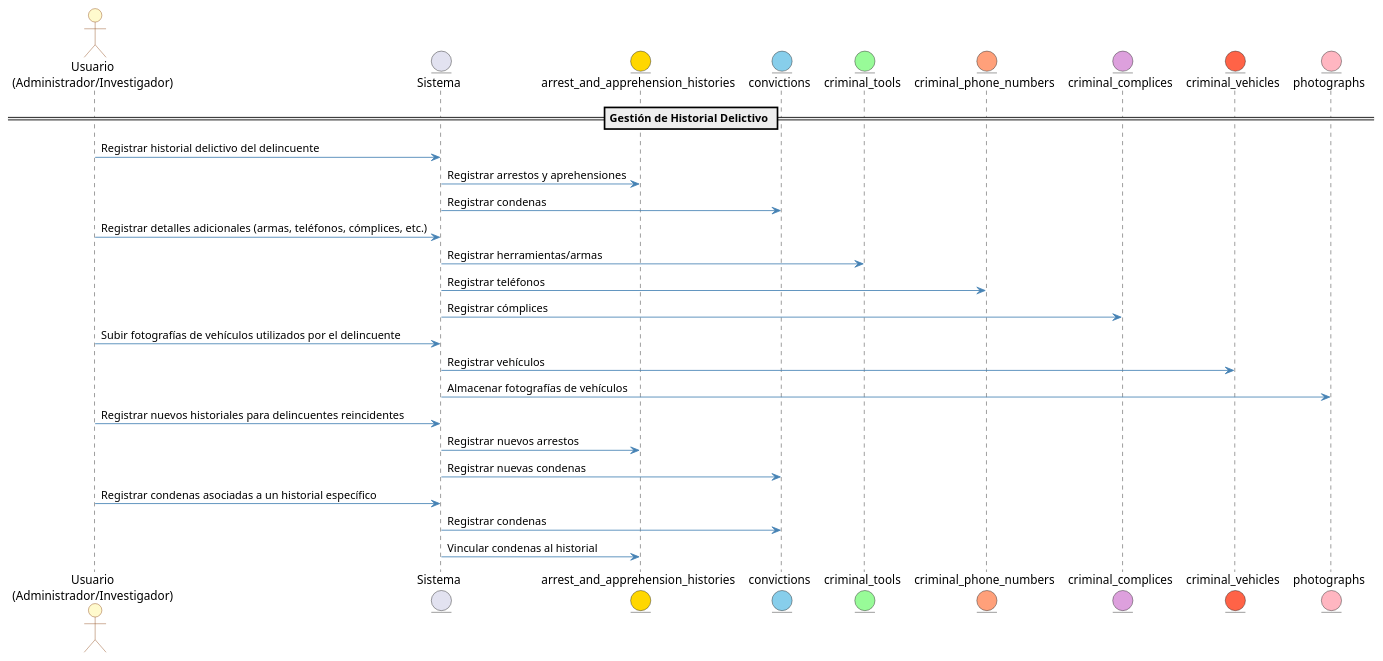
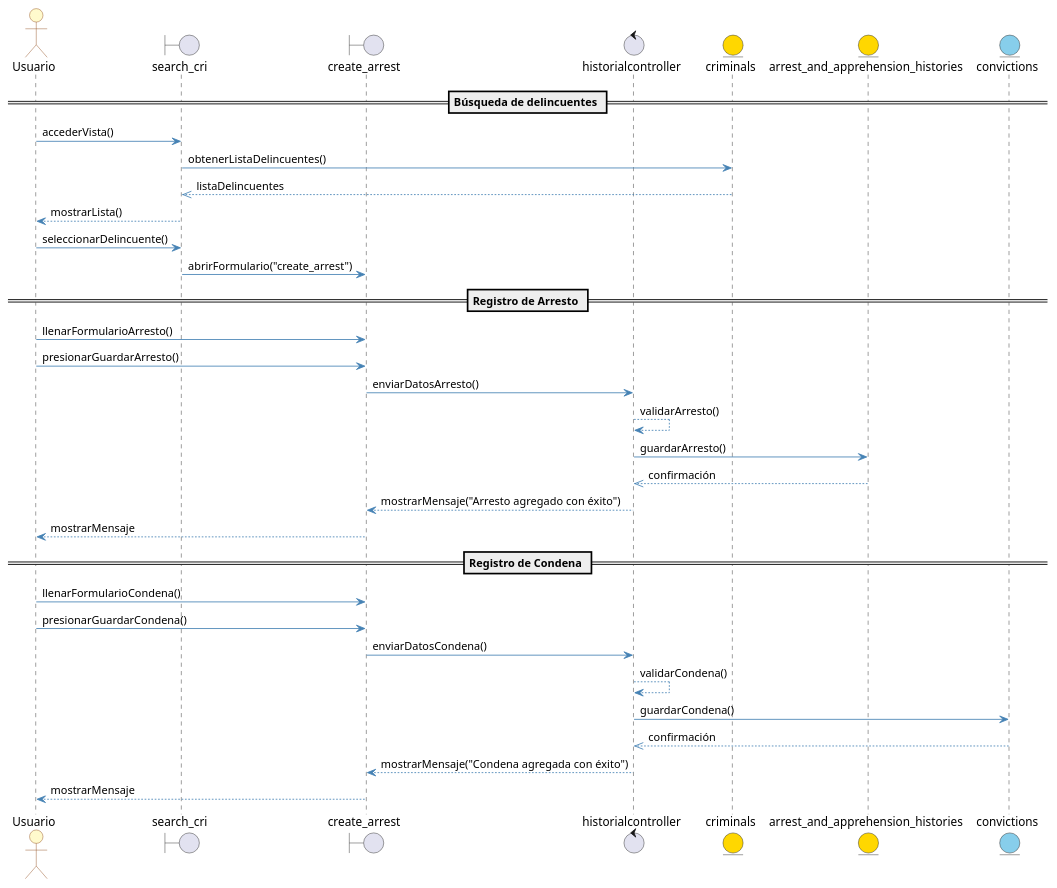
Before and after one commit to LeoanrdoHD/crimanager2: the diagram in diagramas/SECUENCIA/registar 2.puml, drawn with PlantUML. The commit also changed 217 other files, not shown here.

```diff
--- a/diagramas/SECUENCIA/registar 2.puml
+++ b/diagramas/SECUENCIA/registar 2.puml
@@ -1,41 +1,52 @@
 @startuml
-' Definición de colores y estilos
+' Estilos visuales
 skinparam sequenceArrowColor #4682B4
 skinparam actorBorderColor #8B4513
 skinparam actorBackgroundColor #FFFACD
 skinparam participantBorderColor #4682B4
 skinparam participantBackgroundColor #E6E6FA
 
-actor "Usuario\n(Administrador/Investigador)" as User
-entity "Sistema" as System
-entity "arrest_and_apprehension_histories" as ArrestHistories #FFD700
-entity "convictions" as Convictions #87CEEB
-entity "criminal_tools" as CriminalTools #98FB98
-entity "criminal_phone_numbers" as CriminalPhones #FFA07A
-entity "criminal_complices" as CriminalComplices #DDA0DD
-entity "criminal_vehicles" as CriminalVehicles #FF6347
-entity "photographs" as Photographs #FFB6C1
+actor "Usuario" as User
+boundary "search_cri" as SearchView
+boundary "create_arrest" as ArrestView
+control "historialcontroller" as Controller
+entity "criminals" as CriminalsDB #FFD700
+entity "arrest_and_apprehension_histories" as ArrestDB #FFD700
+entity "convictions" as ConvictionsDB #87CEEB
 
-== Gestión de Historial Delictivo ==
-User -> System : Registrar historial delictivo del delincuente
-System -> ArrestHistories : Registrar arrestos y aprehensiones
-System -> Convictions : Registrar condenas
+== Búsqueda de delincuentes ==
+User -> SearchView : accederVista()
+SearchView -> CriminalsDB : obtenerListaDelincuentes()
+CriminalsDB -->> SearchView : listaDelincuentes
+SearchView --> User : mostrarLista()
 
-User -> System : Registrar detalles adicionales (armas, teléfonos, cómplices, etc.)
-System -> CriminalTools : Registrar herramientas/armas
-System -> CriminalPhones : Registrar teléfonos
-System -> CriminalComplices : Registrar cómplices
 
-User -> System : Subir fotografías de vehículos utilizados por el delincuente
-System -> CriminalVehicles : Registrar vehículos
-System -> Photographs : Almacenar fotografías de vehículos
+User -> SearchView : seleccionarDelincuente()
+SearchView -> ArrestView : abrirFormulario("create_arrest")
 
-User -> System : Registrar nuevos historiales para delincuentes reincidentes
-System -> ArrestHistories : Registrar nuevos arrestos
-System -> Convictions : Registrar nuevas condenas
+== Registro de Arresto ==
+User -> ArrestView : llenarFormularioArresto()
+User -> ArrestView : presionarGuardarArresto()
+ArrestView -> Controller : enviarDatosArresto()
 
-User -> System : Registrar condenas asociadas a un historial específico
-System -> Convictions : Registrar condenas
-System -> ArrestHistories : Vincular condenas al historial
+Controller --> Controller : validarArresto()
 
+Controller -> ArrestDB : guardarArresto()
+ArrestDB -->> Controller : confirmación
+
+Controller --> ArrestView : mostrarMensaje("Arresto agregado con éxito")
+ArrestView --> User : mostrarMensaje
+
+== Registro de Condena ==
+User -> ArrestView : llenarFormularioCondena()
+User -> ArrestView : presionarGuardarCondena()
+ArrestView -> Controller : enviarDatosCondena()
+
+Controller --> Controller : validarCondena()
+
+Controller -> ConvictionsDB : guardarCondena()
+ConvictionsDB -->> Controller : confirmación
+
+Controller --> ArrestView : mostrarMensaje("Condena agregada con éxito")
+ArrestView --> User : mostrarMensaje
 @enduml
```
